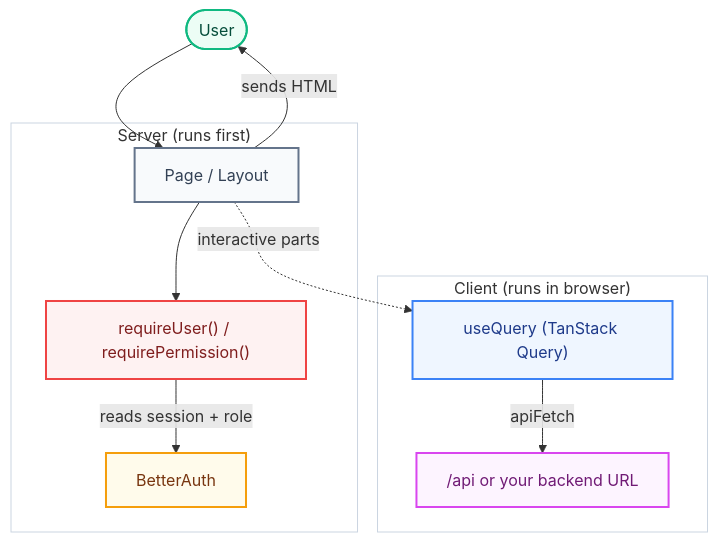
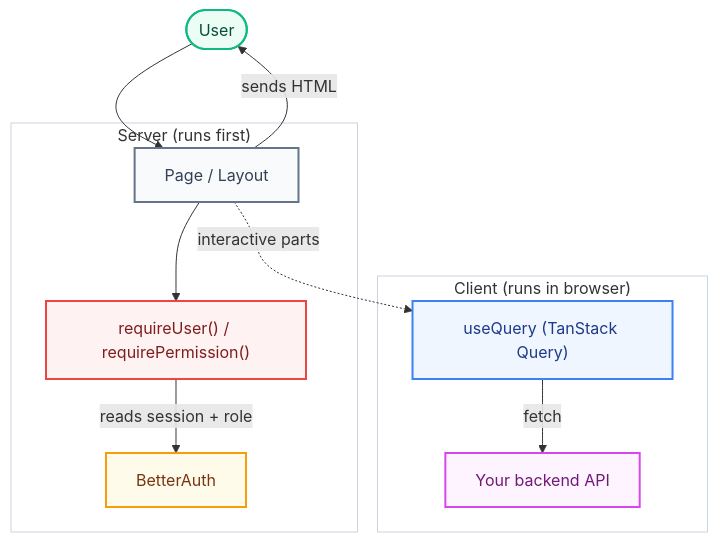
The diagram in README.md (salmanshahriar/Next-Elite), drawn with Mermaid before and after one commit. The commit also changed other lines of this file and 4 other files, not shown here.

````diff
--- a/README.md
+++ b/README.md
@@ -200,36 +197,36 @@
 ```mermaid
 flowchart TB
     User([User]) --> Page
 
     subgraph Server["Server (runs first)"]
         Page[Page / Layout]
         Guard["requireUser() / requirePermission()"]
         Page --> Guard
         Guard -->|reads session + role| Auth[BetterAuth]
     end
 
     subgraph Client["Client (runs in browser)"]
         Hook["useQuery (TanStack Query)"]
-        Hook -->|apiFetch| Api["/api or your backend URL"]
+        Hook -->|fetch| Api["Your backend API"]
     end
 
     Page -->|sends HTML| User
     Page -.->|interactive parts| Hook
 
     classDef userNode fill:#ecfdf5,stroke:#10b981,stroke-width:2px,color:#064e3b;
     classDef serverNode fill:#f8fafc,stroke:#64748b,stroke-width:2px,color:#334155;
     classDef securityNode fill:#fef2f2,stroke:#ef4444,stroke-width:2px,color:#7f1d1d;
     classDef authNode fill:#fffbeb,stroke:#f59e0b,stroke-width:2px,color:#78350f;
     classDef hookNode fill:#eff6ff,stroke:#3b82f6,stroke-width:2px,color:#1e3a8a;
     classDef apiNode fill:#fdf4ff,stroke:#d946ef,stroke-width:2px,color:#701a75;
 
     class User userNode;
     class Page serverNode;
     class Guard securityNode;
     class Auth authNode;
     class Hook hookNode;
     class Api apiNode;
 
     style Server fill:none,stroke:#cbd5e1,stroke-width:1px
     style Client fill:none,stroke:#cbd5e1,stroke-width:1px
 ```
````
